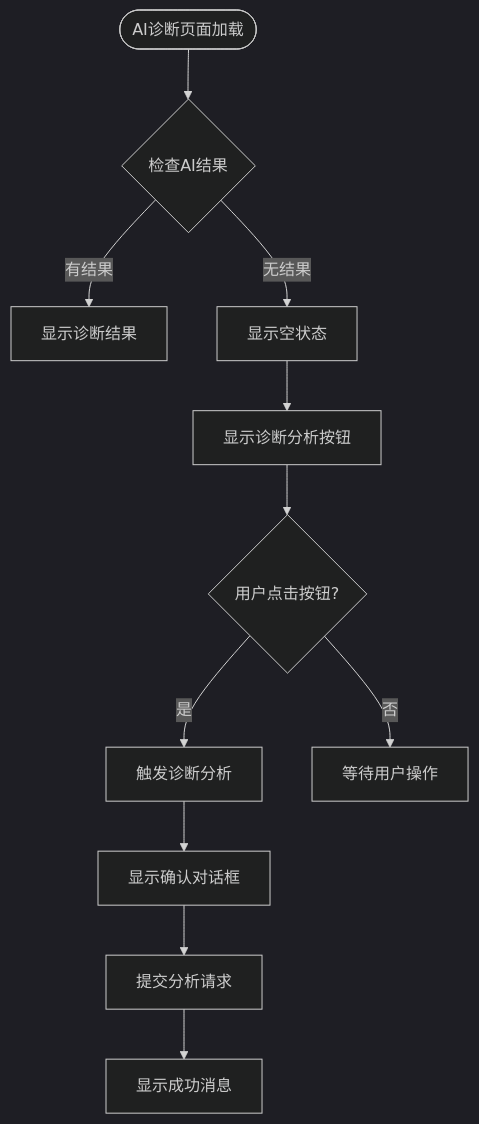
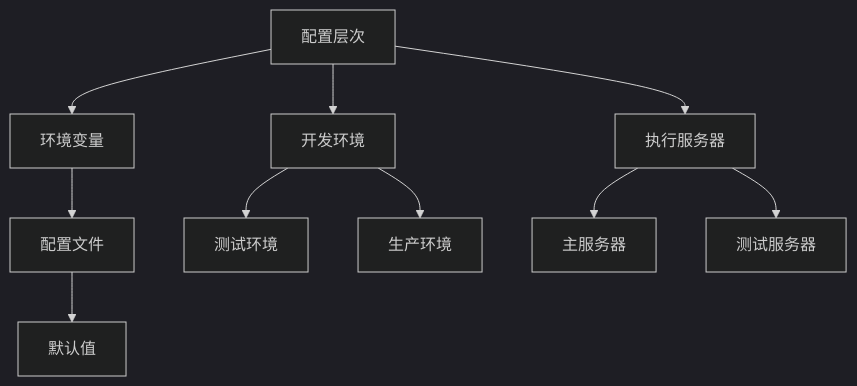
Before and after one commit to liuzh2008/med_ai_assistant_workspace: the seventh of 18 diagrams in .qoder/repowiki/zh/content/Update Summary/Update Summary.md, drawn with Mermaid (dark theme). The commit also changed other lines of this file and 3 other files, not shown here.

````diff
--- a/.qoder/repowiki/zh/content/Update Summary/Update Summary.md
+++ b/.qoder/repowiki/zh/content/Update Summary/Update Summary.md
@@ -366,13 +425,12 @@
 ```mermaid
-flowchart TD
-Start([AI诊断页面加载]) --> CheckResult{检查AI结果}
-CheckResult --> |有结果| ShowResult[显示诊断结果]
-CheckResult --> |无结果| ShowEmpty[显示空状态]
-ShowEmpty --> ShowButton[显示诊断分析按钮]
-ShowButton --> ClickButton{用户点击按钮?}
-ClickButton --> |是| TriggerAnalysis[触发诊断分析]
-ClickButton --> |否| Wait[等待用户操作]
-TriggerAnalysis --> ShowConfirm[显示确认对话框]
-ShowConfirm --> SubmitRequest[提交分析请求]
-SubmitRequest --> ShowSuccess[显示成功消息]
+graph TB
+A[配置层次] --> B[环境变量]
+B --> C[配置文件]
+C --> D[默认值]
+A --> E[开发环境]
+E --> F[测试环境]
+E --> G[生产环境]
+A --> H[执行服务器]
+H --> I[主服务器]
+H --> J[测试服务器]
 ```
````
